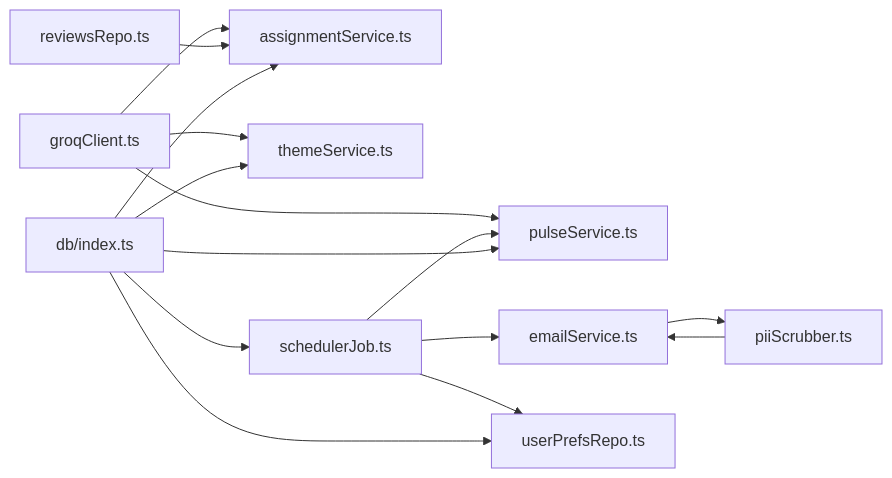
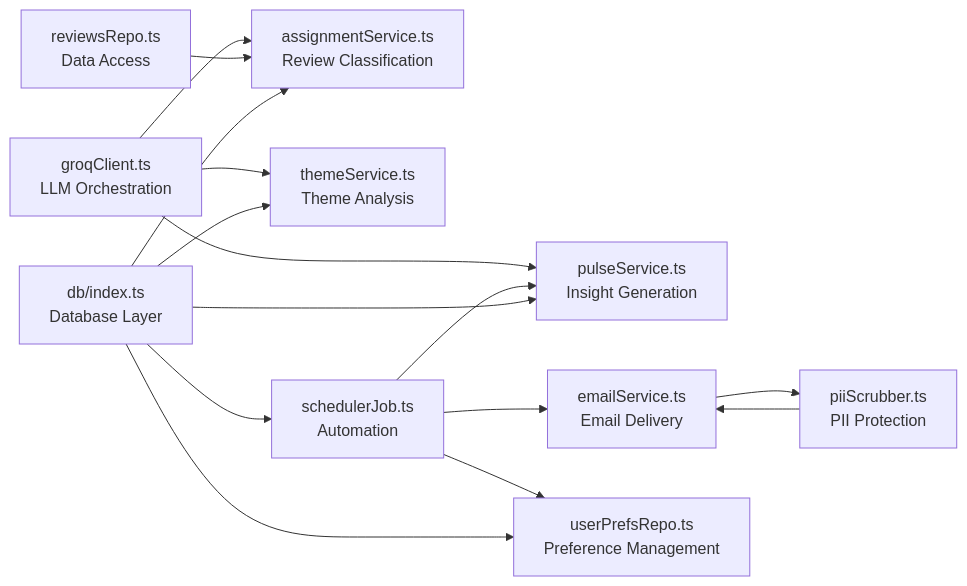
The ninth of 9 diagrams in .qoder/repowiki/en/content/Phase 2_ Advanced Analytics & Automation/Weekly Pulse Generation.md (aravinthraj-ramalingam/Groww-App-Review-Insights-Analyzer-), drawn with Mermaid before and after one commit. The commit also changed other lines of this file and 11 other files, not shown here.

````diff
--- a/.qoder/repowiki/en/content/Phase 2_ Advanced Analytics & Automation/Weekly Pulse Generation.md
+++ b/.qoder/repowiki/en/content/Phase 2_ Advanced Analytics & Automation/Weekly Pulse Generation.md
@@ -405,17 +431,17 @@
 ```mermaid
 graph LR
-G["groqClient.ts"] --> P["pulseService.ts"]
-G --> A["assignmentService.ts"]
-G --> T["themeService.ts"]
-E["emailService.ts"] --> S["piiScrubber.ts"]
+G["groqClient.ts<br/>LLM Orchestration"] --> P["pulseService.ts<br/>Insight Generation"]
+G --> A["assignmentService.ts<br/>Review Classification"]
+G --> T["themeService.ts<br/>Theme Analysis"]
+E["emailService.ts<br/>Email Delivery"] --> S["piiScrubber.ts<br/>PII Protection"]
 S --> E
-J["schedulerJob.ts"] --> P
+J["schedulerJob.ts<br/>Automation"] --> P
 J --> E
-J --> U["userPrefsRepo.ts"]
-R["reviewsRepo.ts"] --> A
-D["db/index.ts"] --> T
+J --> U["userPrefsRepo.ts<br/>Preference Management"]
+R["reviewsRepo.ts<br/>Data Access"] --> A
+D["db/index.ts<br/>Database Layer"] --> T
 D --> A
 D --> P
 D --> U
 D --> J
 ```
````
